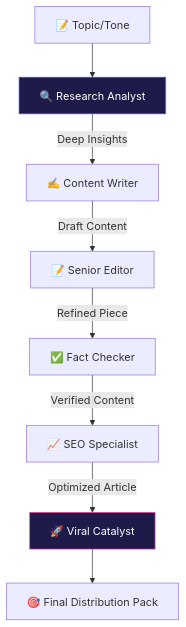
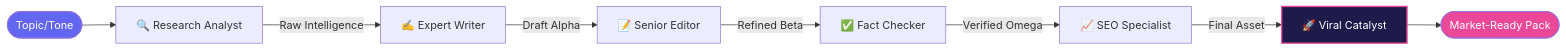
One commit to daniellopez882/The-Autonomous-Editorial-Suite changed the diagram in README.md. Above: the diagram before and after it, drawn with Mermaid. The commit also changed other lines of this file and 1 other file, not shown here.

Commit message:
docs: revamp README to Silicon Valley standards and push final code

````diff
--- a/README.md
+++ b/README.md
@@ -19,13 +21,14 @@
 ```mermaid
-graph TD
-    Input[📝 Topic/Tone] --> A1[🔍 Research Analyst]
-    A1 -->|Deep Insights| A2[✍️ Content Writer]
-    A2 -->|Draft Content| A3[📝 Senior Editor]
-    A3 -->|Refined Piece| A4[✅ Fact Checker]
-    A4 -->|Verified Content| A5[📈 SEO Specialist]
-    A5 -->|Optimized Article| A6[🚀 Viral Catalyst]
-    A6 --> Output[🎯 Final Distribution Pack]
+graph LR
+    Input([Topic/Tone]) --> Analyst[🔍 Research Analyst]
+    Analyst -->|Raw Intelligence| Writer[✍️ Expert Writer]
+    Writer -->|Draft Alpha| Editor[📝 Senior Editor]
+    Editor -->|Refined Beta| FactCheck[✅ Fact Checker]
+    FactCheck -->|Verified Omega| SEO[📈 SEO Specialist]
+    SEO -->|Final Asset| Catalyst[🚀 Viral Catalyst]
+    Catalyst --> Output([Market-Ready Pack])
 
-    style A1 fill:#1e1b4b,stroke:#6366f1,color:#fff
-    style A6 fill:#1e1b4b,stroke:#ec4899,color:#fff
+    style Input fill:#6366f1,color:#fff
+    style Output fill:#ec4899,color:#fff
+    style Catalyst fill:#1e1b4b,stroke:#ec4899,color:#fff,stroke-width:2px
 ```
````
